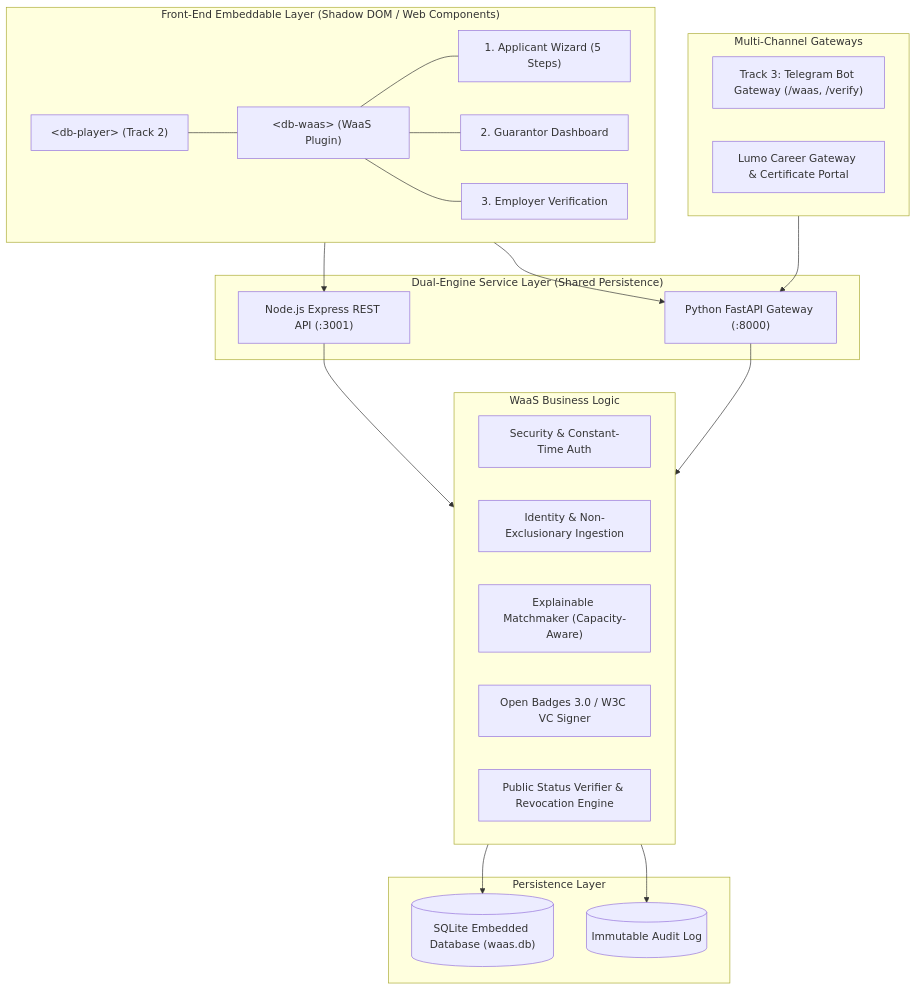
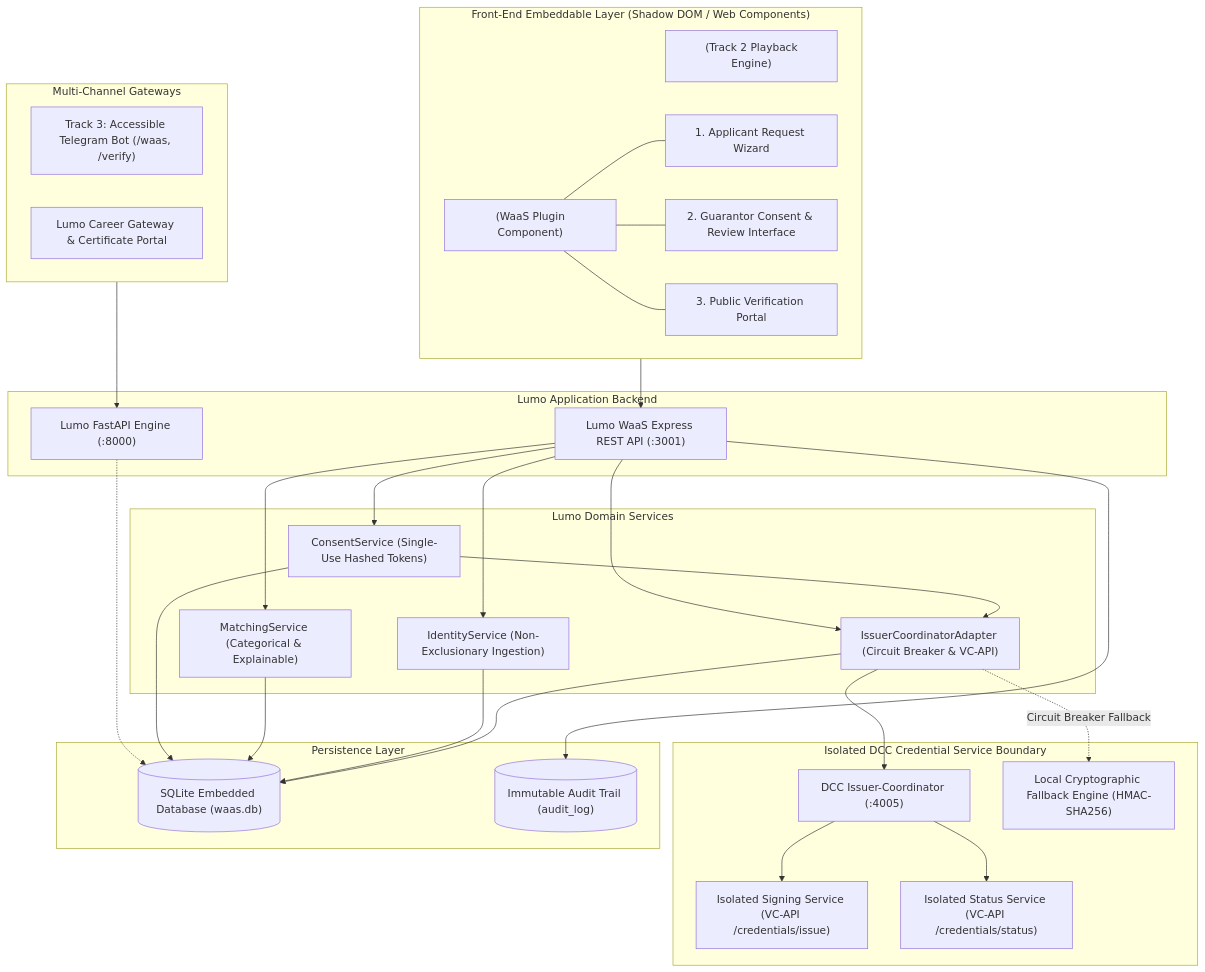
One commit to ZelalemAzmera/lumo changed the first of 3 diagrams in docs/WAAS_ARCHITECTURE.md. Above: the diagram before and after it, drawn with Mermaid. The commit also changed other lines of this file and 16 other files, not shown here.

First line of the commit message:
feat(waas): integrate DCC issuer coordinator with consent tokens and 6-status lifecycle

````diff
--- a/docs/WAAS_ARCHITECTURE.md
+++ b/docs/WAAS_ARCHITECTURE.md
@@ -23,43 +25,60 @@
 ```mermaid
 flowchart TD
     subgraph UI_Layer ["Front-End Embeddable Layer (Shadow DOM / Web Components)"]
-        A["&lt;db-player&gt; (Track 2)"] --- B["&lt;db-waas&gt; (WaaS Plugin)"]
-        B1["1. Applicant Wizard (5 Steps)"]
-        B2["2. Guarantor Dashboard"]
-        B3["3. Employer Verification"]
+        A["<db-player> (Track 2 Playback Engine)"]
+        B["<db-waas> (WaaS Plugin Component)"]
+        B1["1. Applicant Request Wizard"]
+        B2["2. Guarantor Consent & Review Interface"]
+        B3["3. Public Verification Portal"]
         B --- B1
         B --- B2
         B --- B3
     end
 
-    subgraph Channel_Layer ["Multi-Channel Gateways"]
-        TG["Track 3: Telegram Bot Gateway (/waas, /verify)"]
-        WEB["Lumo Career Gateway &amp; Certificate Portal"]
+    subgraph Multi_Channel ["Multi-Channel Gateways"]
+        TG["Track 3: Accessible Telegram Bot (/waas, /verify)"]
+        CAREER["Lumo Career Gateway & Certificate Portal"]
     end
 
-    subgraph Service_Layer ["Dual-Engine Service Layer (Shared Persistence)"]
-        EXPRESS["Node.js Express REST API (:3001)"]
-        FASTAPI["Python FastAPI Gateway (:8000)"]
+    subgraph API_Gateway ["Lumo Application Backend"]
+        REST["Lumo WaaS Express REST API (:3001)"]
+        FAST["Lumo FastAPI Engine (:8000)"]
     end
 
-    subgraph Core_Services ["WaaS Business Logic"]
-        AUTH["Security &amp; Constant-Time Auth"]
-        IDENT["Identity &amp; Non-Exclusionary Ingestion"]
-        MATCH["Explainable Matchmaker (Capacity-Aware)"]
-        CRED["Open Badges 3.0 / W3C VC Signer"]
-        VERIF["Public Status Verifier &amp; Revocation Engine"]
+    subgraph Core_Services ["Lumo Domain Services"]
+        CONSENT["ConsentService (Single-Use Hashed Tokens)"]
+        MATCH["MatchingService (Categorical & Explainable)"]
+        IDENT["IdentityService (Non-Exclusionary Ingestion)"]
+        ADAPTER["IssuerCoordinatorAdapter (Circuit Breaker & VC-API)"]
     end
 
-    subgraph Data_Layer ["Persistence Layer"]
-        SQLITE[("SQLite Embedded Database (waas.db)")]
-        AUDIT[("Immutable Audit Log")]
+    subgraph Coordinator_Boundary ["Isolated DCC Credential Service Boundary"]
+        DCC["DCC Issuer-Coordinator (:4005)"]
+        DCC_SIGN["Isolated Signing Service (VC-API /credentials/issue)"]
+        DCC_STATUS["Isolated Status Service (VC-API /credentials/status)"]
+        LOCAL_ENG["Local Cryptographic Fallback Engine (HMAC-SHA256)"]
     end
 
-    UI_Layer --> EXPRESS
-    UI_Layer --> FASTAPI
-    Channel_Layer --> FASTAPI
-    EXPRESS --> Core_Services
-    FASTAPI --> Core_Services
-    Core_Services --> SQLITE
-    Core_Services --> AUDIT
+    subgraph Persistence ["Persistence Layer"]
+        DB[("SQLite Embedded Database (waas.db)")]
+        AUDIT[("Immutable Audit Trail (audit_log)")]
+    end
+
+    UI_Layer --> REST
+    Multi_Channel --> FAST
+    FAST -.-> DB
+    REST --> CONSENT
+    REST --> MATCH
+    REST --> IDENT
+    REST --> ADAPTER
+    CONSENT --> ADAPTER
+    ADAPTER --> DCC
+    DCC --> DCC_SIGN
+    DCC --> DCC_STATUS
+    ADAPTER -. Circuit Breaker Fallback .-> LOCAL_ENG
+    CONSENT --> DB
+    MATCH --> DB
+    IDENT --> DB
+    ADAPTER --> DB
+    REST --> AUDIT
 ```
````
